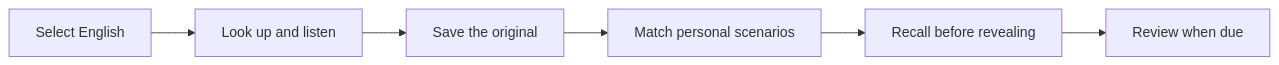
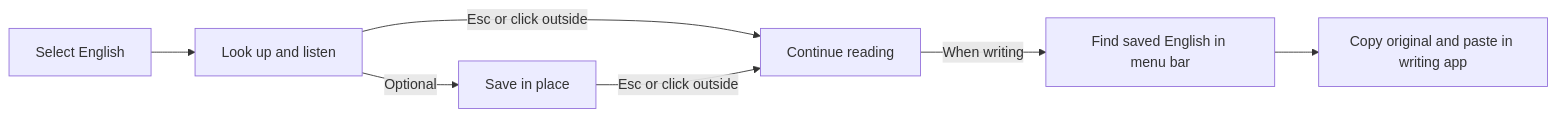
The diagram in README.en.md (yuki-uix/useleaf), drawn with Mermaid before and after one commit. The commit also changed other lines of this file and 16 other files, not shown here.

Commit message:
Ship Useleaf 0.8.0 as a lightweight menu-bar companion

````diff
--- a/README.en.md
+++ b/README.en.md
@@ -33,8 +36,9 @@
 ```mermaid
 flowchart LR
     A[Select English] --> B[Look up and listen]
-    B --> C[Save the original]
-    C --> D[Match personal scenarios]
-    D --> E[Recall before revealing]
-    E --> F[Review when due]
+    B -->|Optional| C[Save in place]
+    B -->|Esc or click outside| D[Continue reading]
+    C -->|Esc or click outside| D
+    D -->|When writing| E[Find saved English in menu bar]
+    E --> F[Copy original and paste in writing app]
 ```
````
